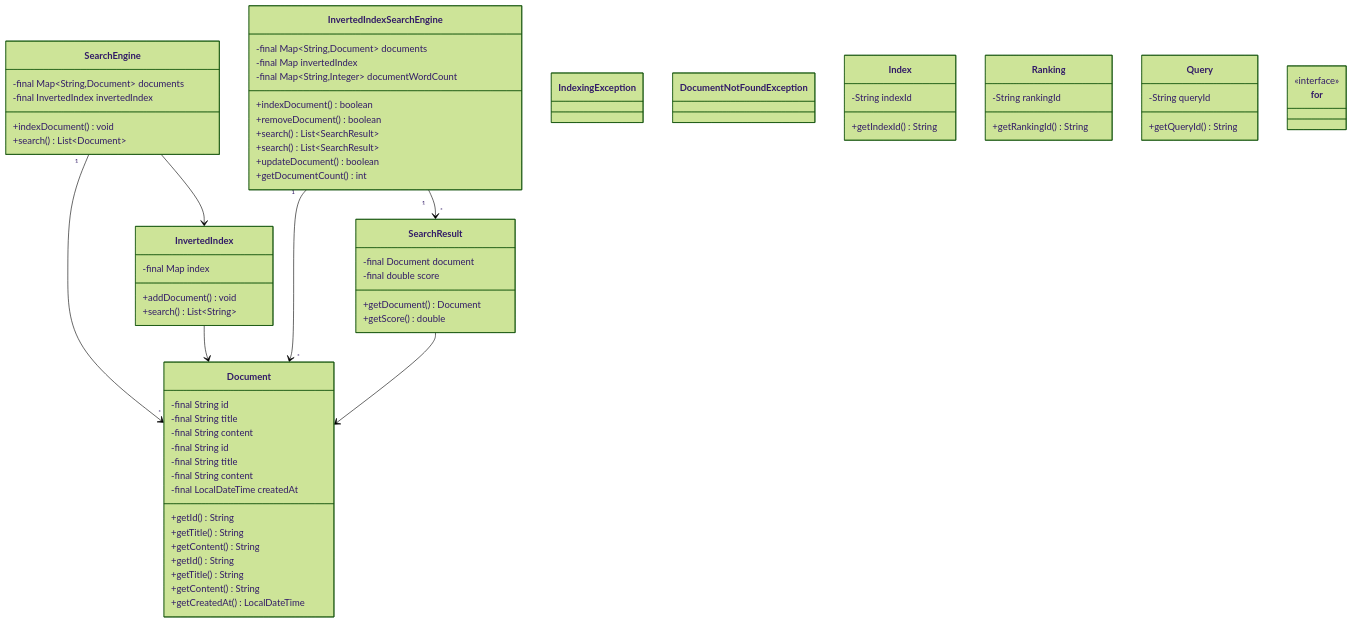
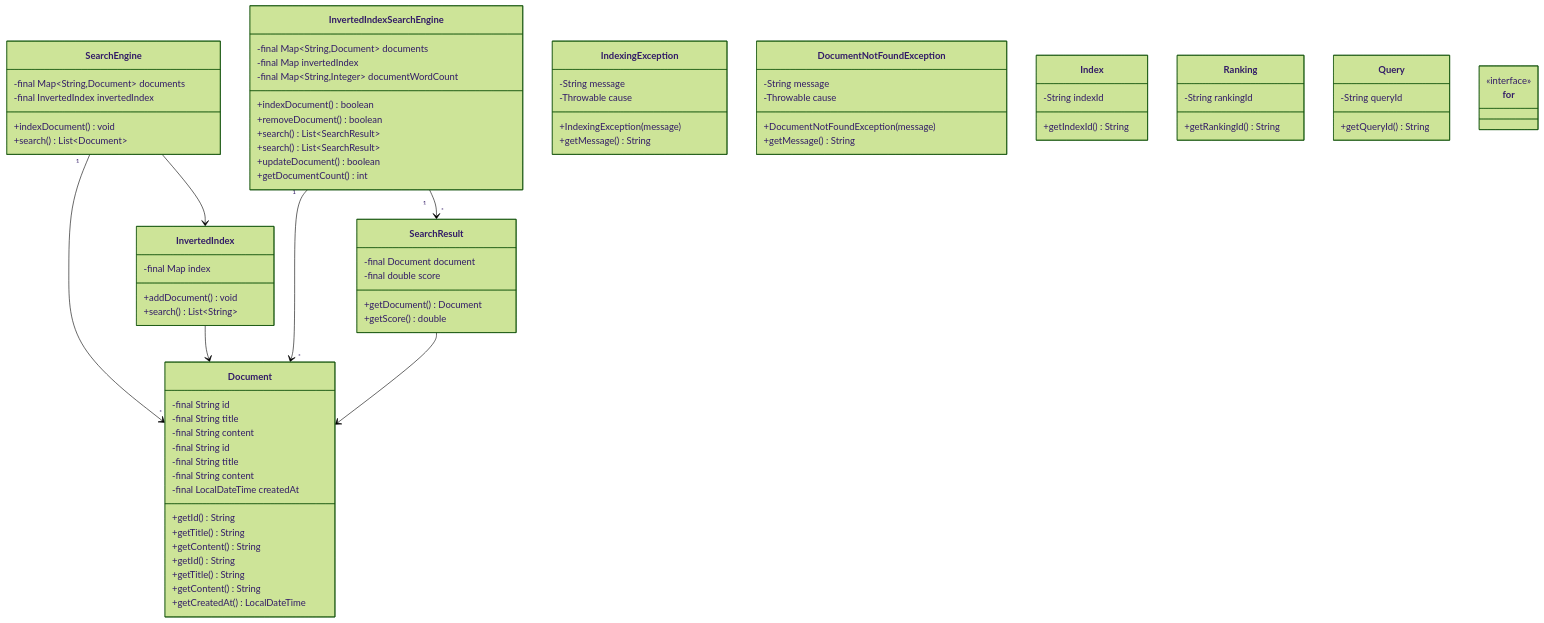
One commit to dlkr18/lld-playbook changed the diagram in docs/problems/simplesearch/diagrams/class-diagram.mmd. Above: the diagram before and after it, drawn with Mermaid (forest theme). The commit also changed 64 other files, not shown here.

```diff
--- a/docs/problems/simplesearch/diagrams/class-diagram.mmd
+++ b/docs/problems/simplesearch/diagrams/class-diagram.mmd
@@ -1,84 +1,92 @@
 classDiagram
 
     class SearchEngine {
         -final Map~String,Document~ documents
         -final InvertedIndex invertedIndex
         +indexDocument() void
         +search() List~Document~
     }
 
     class Document {
         -final String id
         -final String title
         -final String content
         +getId() String
         +getTitle() String
         +getContent() String
     }
 
     class InvertedIndex {
         -final Map<String, List~String~> index
         +addDocument() void
         +search() List~String~
     }
 
     class InvertedIndexSearchEngine {
         -final Map~String,Document~ documents
         -final Map<String, Set~String~> invertedIndex
         -final Map~String,Integer~ documentWordCount
         +indexDocument() boolean
         +removeDocument() boolean
         +search() List~SearchResult~
         +search() List~SearchResult~
         +updateDocument() boolean
         +getDocumentCount() int
     }
 
     class IndexingException {
+        -String message
+        -Throwable cause
+        +IndexingException(message)
+        +getMessage() String
     }
 
     class DocumentNotFoundException {
+        -String message
+        -Throwable cause
+        +DocumentNotFoundException(message)
+        +getMessage() String
     }
 
     class Index {
         -String indexId
         +getIndexId() String
     }
 
     class Document {
         -final String id
         -final String title
         -final String content
         -final LocalDateTime createdAt
         +getId() String
         +getTitle() String
         +getContent() String
         +getCreatedAt() LocalDateTime
     }
 
     class Ranking {
         -String rankingId
         +getRankingId() String
     }
 
     class SearchResult {
         -final Document document
         -final double score
         +getDocument() Document
         +getScore() double
     }
 
     class Query {
         -String queryId
         +getQueryId() String
     }
 
     class for
     <<interface>> for
 
     InvertedIndex --> Document
     SearchResult --> Document
     SearchEngine "1" --> "*" Document
     SearchEngine --> InvertedIndex
     InvertedIndexSearchEngine "1" --> "*" Document
     InvertedIndexSearchEngine "1" --> "*" SearchResult
```
